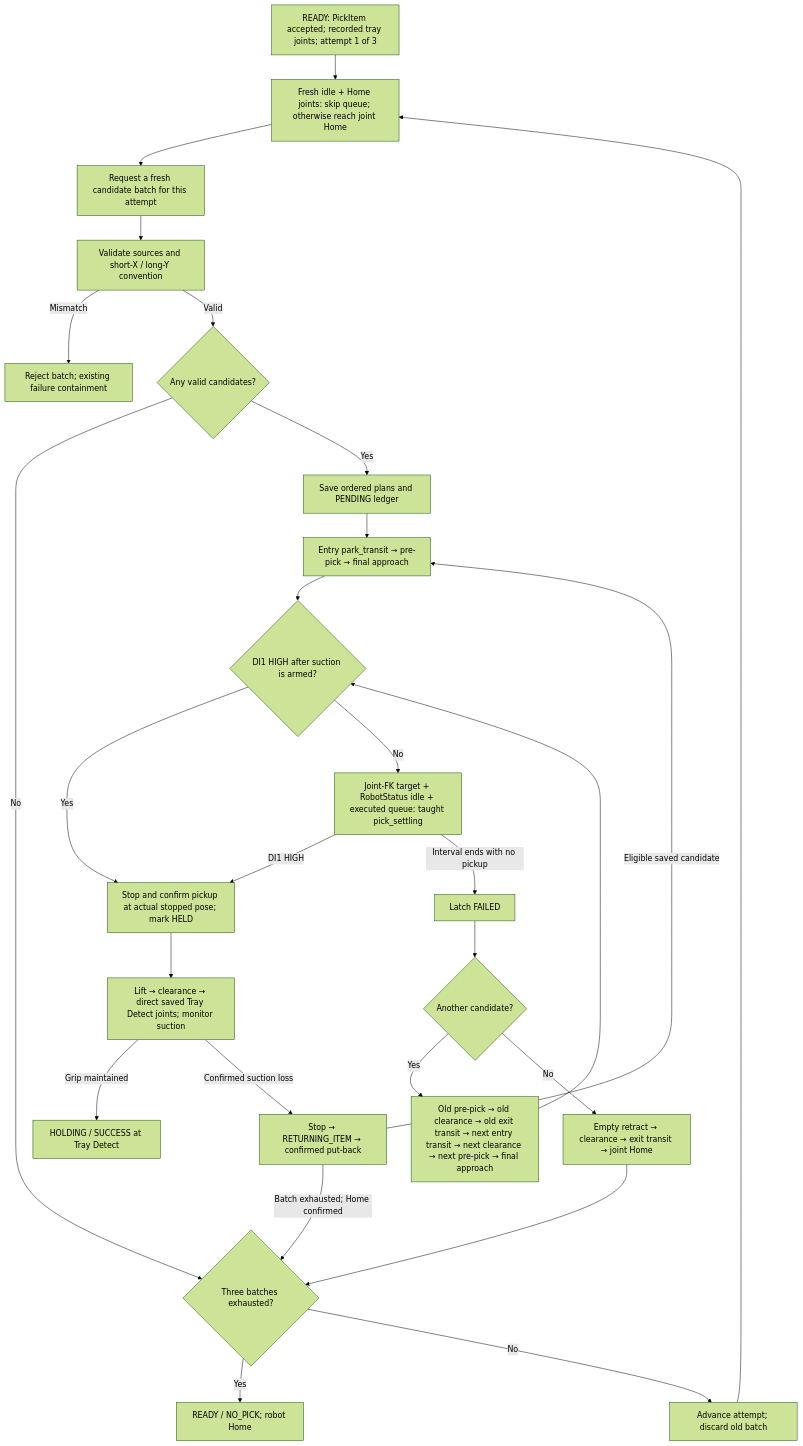
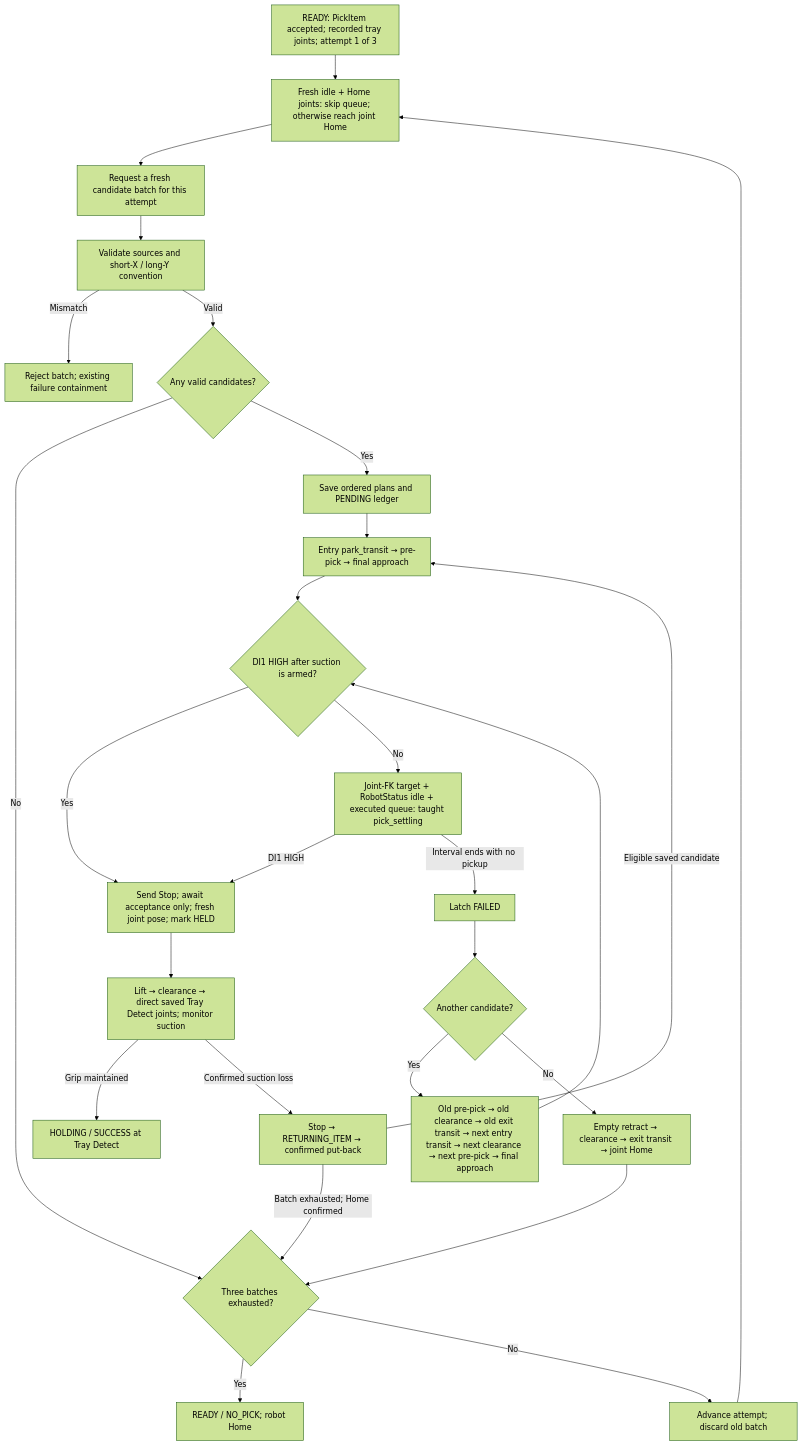
One commit to esgange/dobot_picknplace_yolo changed the third of 8 diagrams in docs/ROBOT_CONTROLLER_FSM.md. Above: the diagram before and after it, drawn with Mermaid (forest theme). The commit also changed other lines of this file and 10 other files, not shown here.

Commit message:
Start pickup return after Stop acknowledgement without stationary wait

````diff
--- a/docs/ROBOT_CONTROLLER_FSM.md
+++ b/docs/ROBOT_CONTROLLER_FSM.md
@@ -389,29 +389,29 @@
 ```mermaid
 flowchart TD
     Request["READY: PickItem accepted; recorded tray joints; attempt 1 of 3"] --> Home["Fresh idle + Home joints: skip queue; otherwise reach joint Home"]
     Home --> Detect["Request a fresh candidate batch for this attempt"]
     Detect --> Validate["Validate sources and short-X / long-Y convention"]
     Validate -->|Mismatch| Reject["Reject batch; existing failure containment"]
     Validate -->|Valid| Any{"Any valid candidates?"}
     Any -->|No| Limit{"Three batches exhausted?"}
     Limit -->|Yes| Empty["READY / NO_PICK; robot Home"]
     Limit -->|No| Next["Advance attempt; discard old batch"]
     Next --> Home
     Any -->|Yes| Plan["Save ordered plans and PENDING ledger"]
     Plan --> Entry["Entry park_transit → pre-pick → final approach"]
     Entry --> Sense{"DI1 HIGH after suction is armed?"}
-    Sense -->|Yes| Acquire["Stop and confirm pickup at actual stopped pose; mark HELD"]
+    Sense -->|Yes| Acquire["Send Stop; await acceptance only; fresh joint pose; mark HELD"]
     Sense -->|No| Settle["Joint-FK target + RobotStatus idle + executed queue: taught pick_settling"]
     Settle -->|DI1 HIGH| Acquire
     Settle -->|Interval ends with no pickup| Miss["Latch FAILED"]
     Acquire --> HeldReturn["Lift → clearance → direct saved Tray Detect joints; monitor suction"]
     HeldReturn -->|Grip maintained| Success["HOLDING / SUCCESS at Tray Detect"]
     HeldReturn -->|Confirmed suction loss| PutBack["Stop → RETURNING_ITEM → confirmed put-back"]
     PutBack -->|Eligible saved candidate| Entry
     PutBack -->|Batch exhausted; Home confirmed| Limit
     Miss --> More{"Another candidate?"}
     More -->|Yes| Retry["Old pre-pick → old clearance → old exit transit → next entry transit → next clearance → next pre-pick → final approach"]
     Retry --> Sense
     More -->|No| Exhausted["Empty retract → clearance → exit transit → joint Home"]
     Exhausted --> Limit
 ```
````
